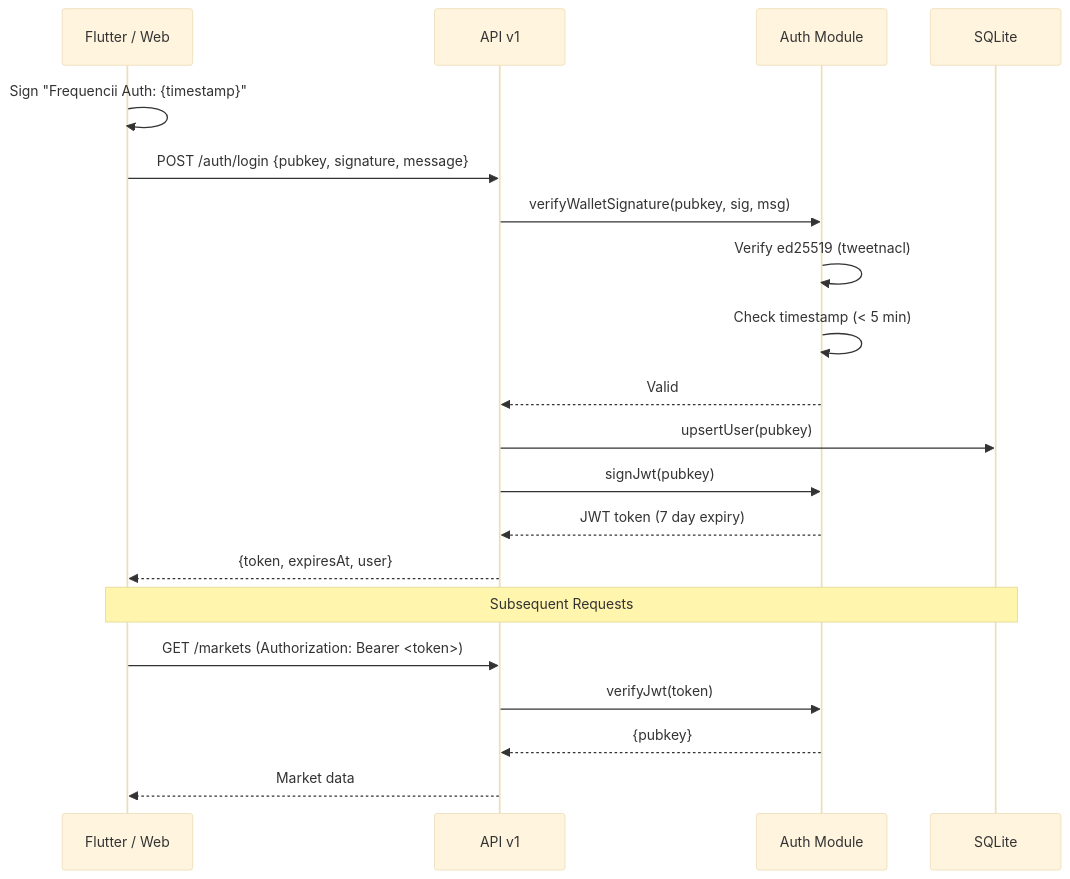
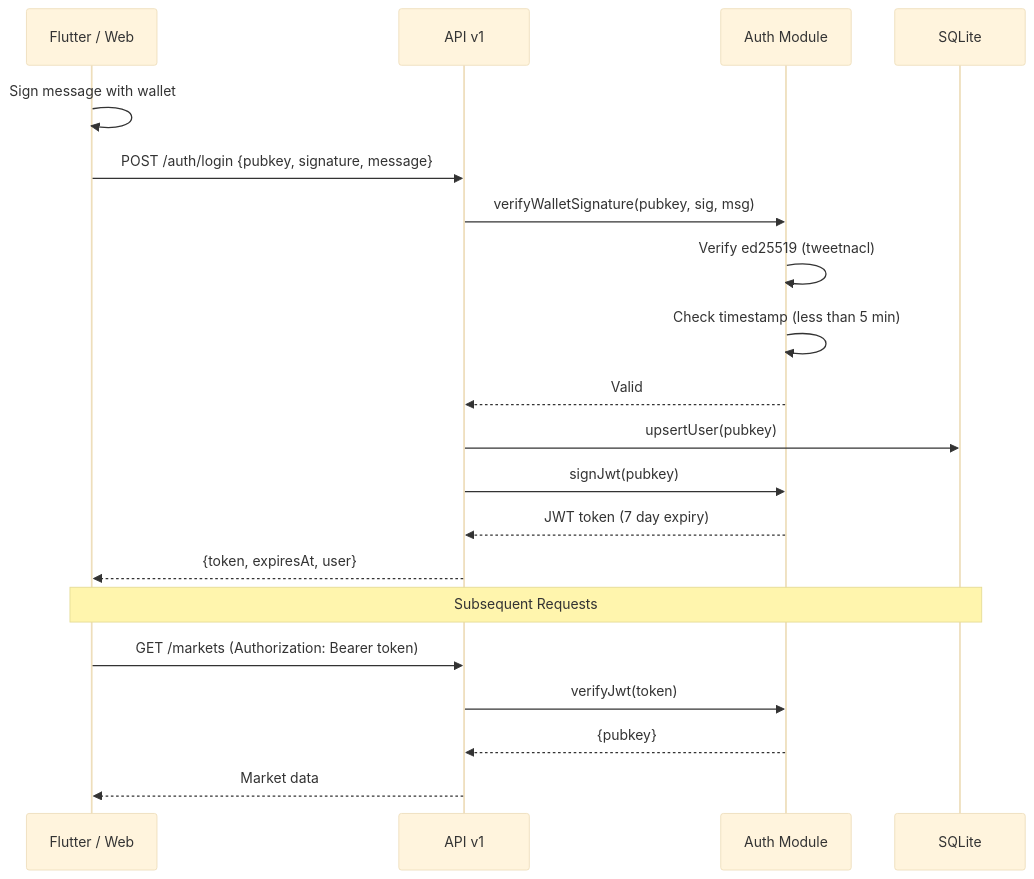
The sixth of 13 diagrams in ARCHITECTURE.md (bri-anadi/frequencii), drawn with Mermaid (base theme) before and after one commit. The commit also changed other lines of this file and 1 other file, not shown here.

````diff
--- a/ARCHITECTURE.md
+++ b/ARCHITECTURE.md
@@ -289,24 +289,24 @@
 ```mermaid
 sequenceDiagram
     participant Client as Flutter / Web
     participant API as API v1
     participant Auth as Auth Module
     participant DB as SQLite
 
-    Client->>Client: Sign "Frequencii Auth: {timestamp}"
+    Client->>Client: Sign message with wallet
     Client->>API: POST /auth/login {pubkey, signature, message}
     API->>Auth: verifyWalletSignature(pubkey, sig, msg)
     Auth->>Auth: Verify ed25519 (tweetnacl)
-    Auth->>Auth: Check timestamp (< 5 min)
+    Auth->>Auth: Check timestamp (less than 5 min)
     Auth-->>API: Valid
     API->>DB: upsertUser(pubkey)
     API->>Auth: signJwt(pubkey)
     Auth-->>API: JWT token (7 day expiry)
     API-->>Client: {token, expiresAt, user}
 
     Note over Client,DB: Subsequent Requests
-    Client->>API: GET /markets (Authorization: Bearer <token>)
+    Client->>API: GET /markets (Authorization: Bearer token)
     API->>Auth: verifyJwt(token)
     Auth-->>API: {pubkey}
     API-->>Client: Market data
 ```
````
